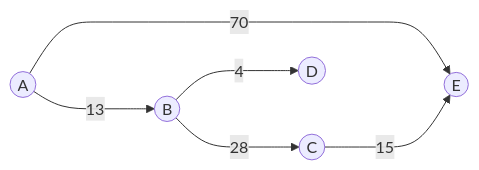
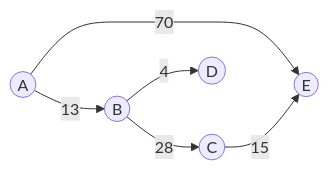
The first of 4 diagrams in DataStructures/Graph/SPFA最短路.md (dmjcb/SelfBlog), drawn with Mermaid before and after one commit. The commit also changed other lines of this file and 5 other files, not shown here.

````diff
--- a/DataStructures/Graph/SPFA最短路.md
+++ b/DataStructures/Graph/SPFA最短路.md
@@ -13,8 +11,14 @@
 ```mermaid
 graph LR
-    a((A))--13--->b((B))
-    a((A))--70--->e((E))
-    b((B))--28--->c((C))
-    b((B))--4--->d((D))
-    c((C))--15--->e((E))
+    A((A))
+    B((B))
+    C((C))
+    D((D))
+    E((E))
+
+    A --13--> B
+    A --70--> E
+    B --28--> C
+    B --4--> D
+    C --15--> E
 ```
````
